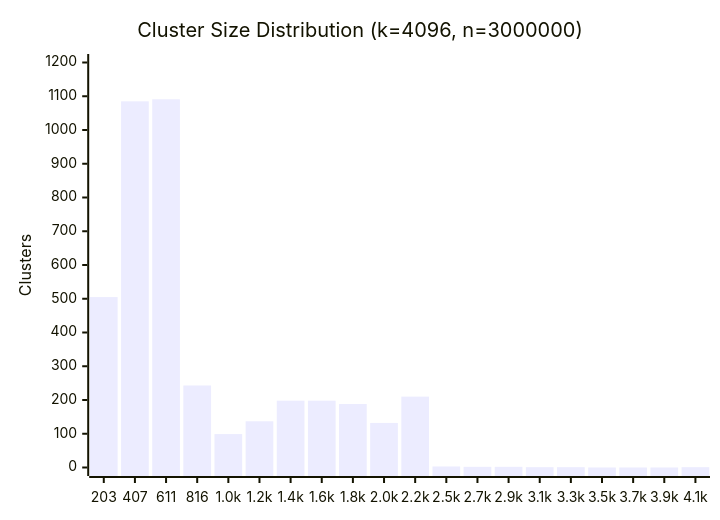
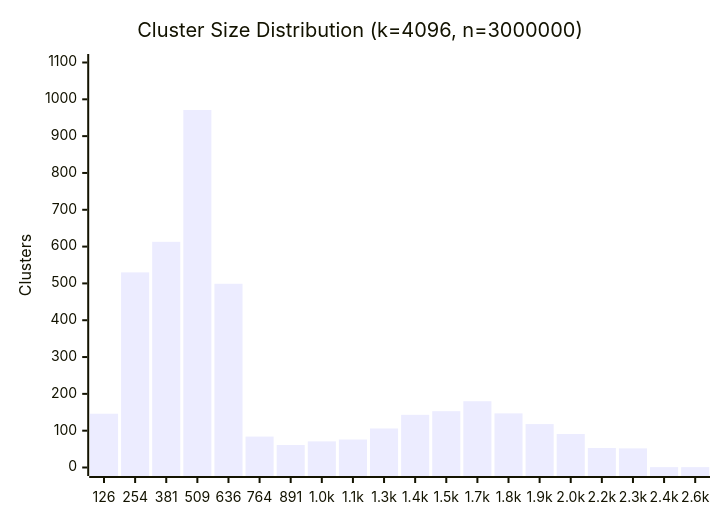
One commit to dalvorsn/cpp-rinha-backend-2026 changed the diagram in benchmark.md. Above: the diagram before and after it, drawn with Mermaid. The commit also changed other lines of this file and 4 other files, not shown here.

````diff
--- a/benchmark.md
+++ b/benchmark.md
@@ -45,7 +45,7 @@
 ```mermaid
 xychart-beta
     title "Cluster Size Distribution (k=4096, n=3000000)"
-    x-axis ["203", "407", "611", "816", "1.0k", "1.2k", "1.4k", "1.6k", "1.8k", "2.0k", "2.2k", "2.5k", "2.7k", "2.9k", "3.1k", "3.3k", "3.5k", "3.7k", "3.9k", "4.1k"]
-    y-axis "Clusters" 0 --> 1200
-    bar [505, 1085, 1091, 243, 99, 137, 198, 198, 188, 132, 210, 3, 2, 2, 1, 1, 0, 0, 0, 1]
+    x-axis ["126", "254", "381", "509", "636", "764", "891", "1.0k", "1.1k", "1.3k", "1.4k", "1.5k", "1.7k", "1.8k", "1.9k", "2.0k", "2.2k", "2.3k", "2.4k", "2.6k"]
+    y-axis "Clusters" 0 --> 1100
+    bar [146, 530, 613, 971, 499, 84, 61, 71, 76, 106, 143, 153, 180, 147, 118, 91, 53, 52, 1, 1]
 ```
````
